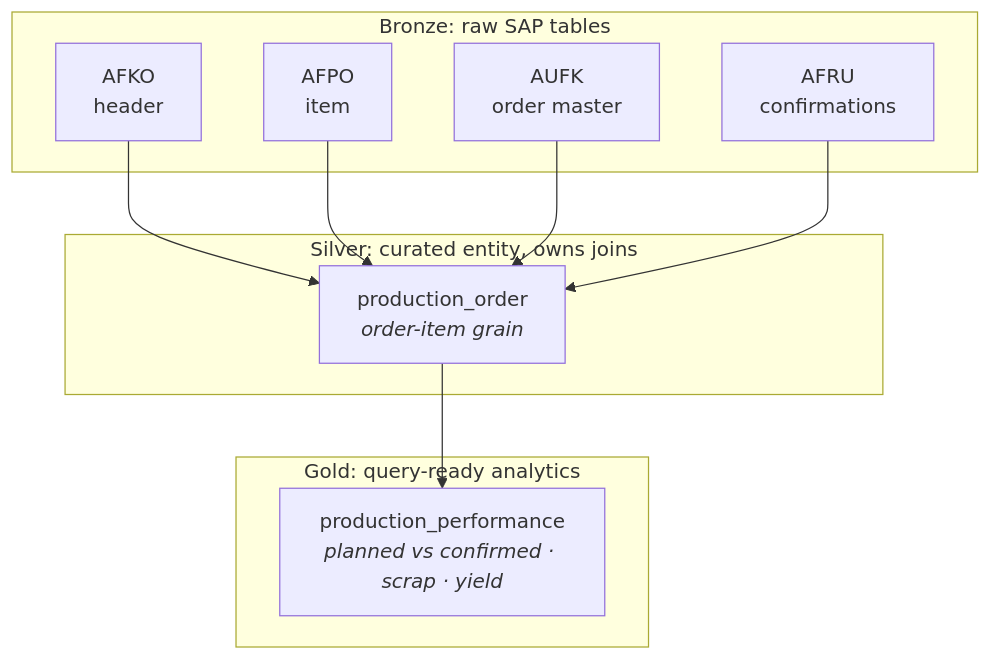
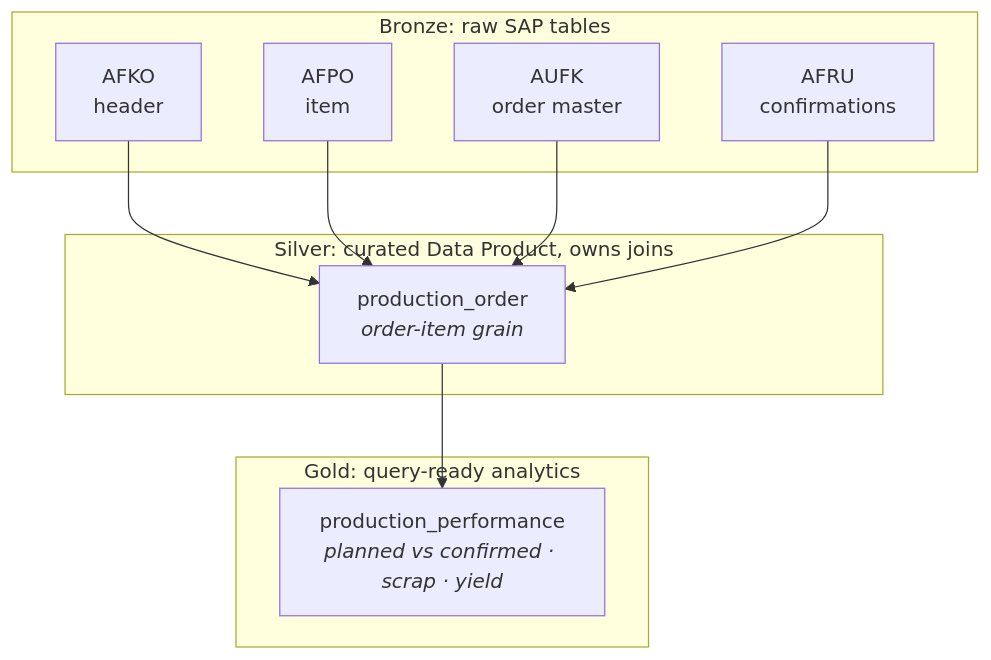
One commit to Onibex/agentic-semantic-knowledge-ask changed the third of 6 diagrams in platform/docs/02-concepts.md. Above: the diagram before and after it, drawn with Mermaid. The commit also changed other lines of this file and 28 other files, not shown here.

````diff
--- a/platform/docs/02-concepts.md
+++ b/platform/docs/02-concepts.md
@@ -141,20 +141,20 @@
 ```mermaid
 flowchart TD
     subgraph GOLD["Gold: query-ready analytics"]
         PP["production_performance<br/><i>planned vs confirmed · scrap · yield</i>"]
     end
-    subgraph SILVER["Silver: curated entity, owns joins"]
+    subgraph SILVER["Silver: curated Data Product, owns joins"]
         PO["production_order<br/><i>order-item grain</i>"]
     end
     subgraph BRONZE["Bronze: raw SAP tables"]
         AFKO["AFKO<br/>header"]
         AFPO["AFPO<br/>item"]
         AUFK["AUFK<br/>order master"]
         AFRU["AFRU<br/>confirmations"]
     end
     AFKO --> PO
     AFPO --> PO
     AUFK --> PO
     AFRU --> PO
     PO --> PP
 ```
````
